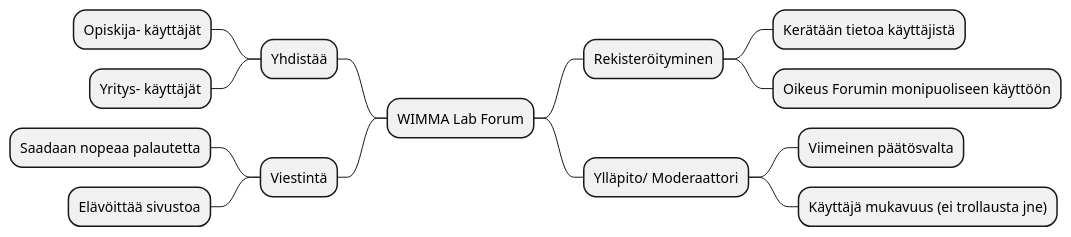
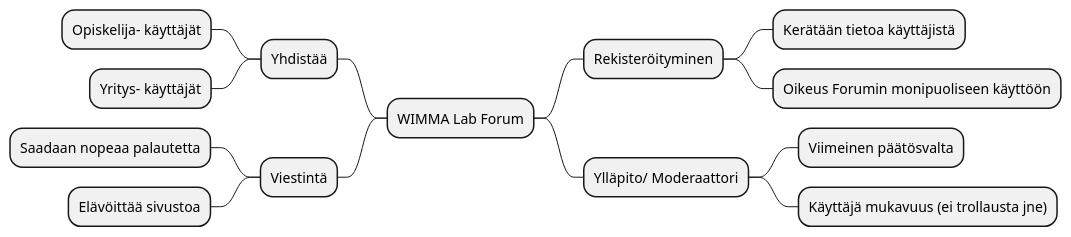
The fourth of 6 diagrams in dokumentit/20-Vaatimustenhallinta/vaatimusmaaritely-tiivis.md (ninaleo/S2021-AB5160-core), drawn with PlantUML before and after one commit.

````diff
--- a/dokumentit/20-Vaatimustenhallinta/vaatimusmaaritely-tiivis.md
+++ b/dokumentit/20-Vaatimustenhallinta/vaatimusmaaritely-tiivis.md
@@ -151,17 +151,17 @@
 ```plantuml
 @startmindmap
 + WIMMA Lab Forum
 ++ Rekisteröityminen
 +++ Kerätään tietoa käyttäjistä
 +++ Oikeus Forumin monipuoliseen käyttöön
 ++ Ylläpito/ Moderaattori
 +++ Viimeinen päätösvalta
 +++ Käyttäjä mukavuus (ei trollausta jne)
 -- Yhdistää
---- Opiskija- käyttäjät
+--- Opiskelija- käyttäjät
 --- Yritys- käyttäjät
 -- Viestintä
 --- Saadaan nopeaa palautetta
 --- Elävöittää sivustoa
 @endmindmap
 ```
````
